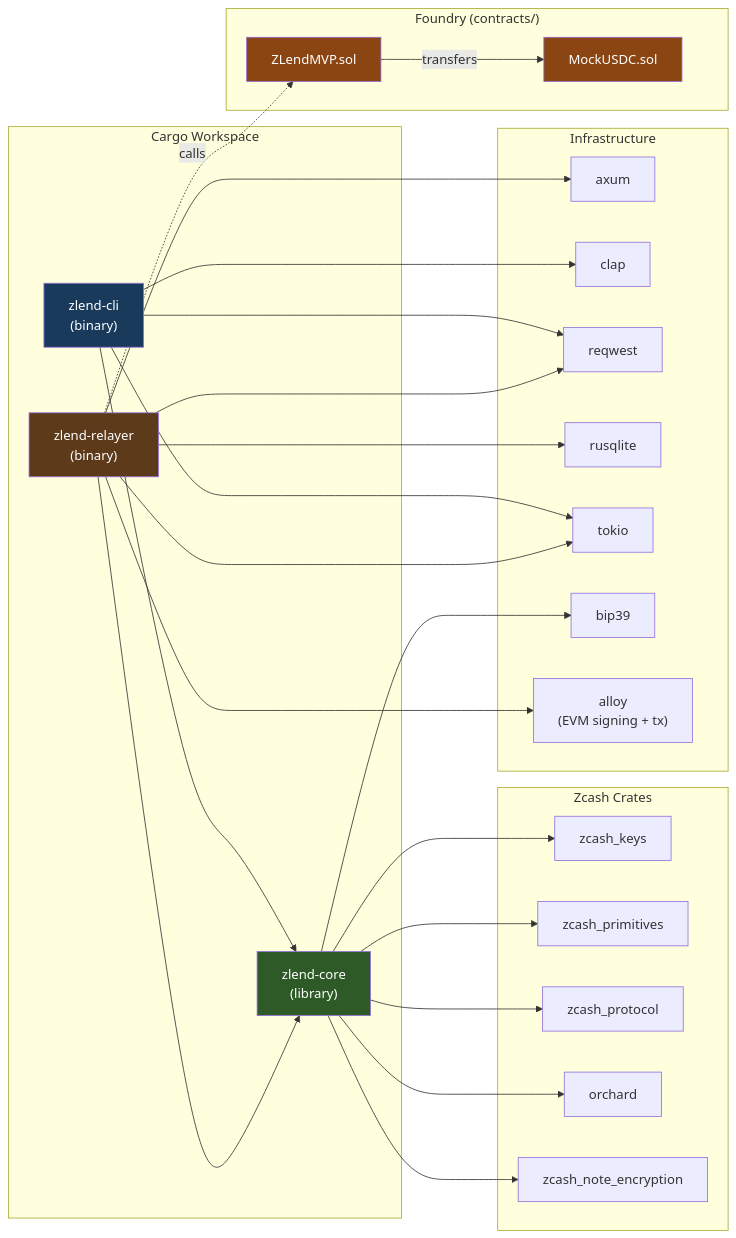
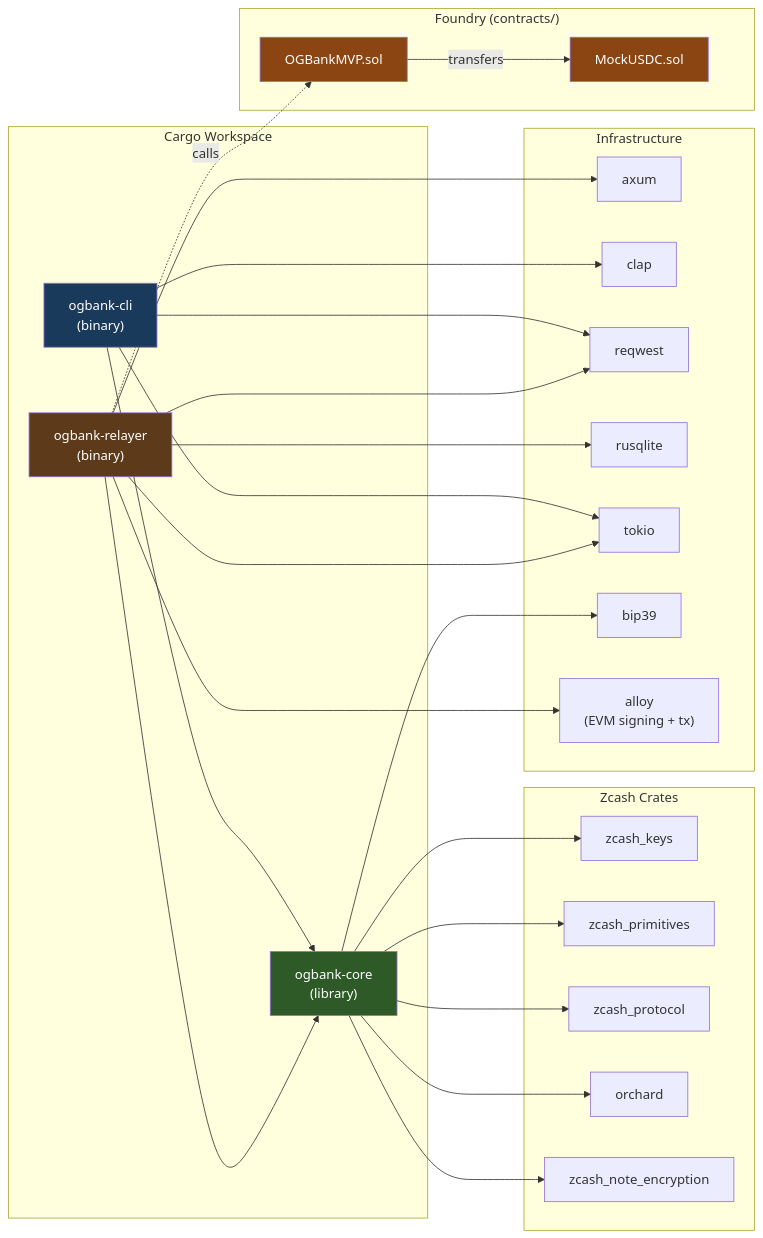
The fifth of 6 diagrams in docs/technical/08_mvp.md (sebastianlujan/zlend), drawn with Mermaid before and after one commit. The commit also changed other lines of this file and 68 other files, not shown here.

````diff
--- a/docs/technical/08_mvp.md
+++ b/docs/technical/08_mvp.md
@@ -217,59 +217,59 @@
 ```mermaid
 graph LR
     subgraph Workspace ["Cargo Workspace"]
-        CORE["zlend-core<br/>(library)"]
-        CLI["zlend-cli<br/>(binary)"]
-        RELAY["zlend-relayer<br/>(binary)"]
+        CORE["ogbank-core<br/>(library)"]
+        CLI["ogbank-cli<br/>(binary)"]
+        RELAY["ogbank-relayer<br/>(binary)"]
     end
 
     subgraph Zcash ["Zcash Crates"]
         ZK["zcash_keys"]
         ZP["zcash_primitives"]
         ZPR["zcash_protocol"]
         ORD["orchard"]
         ZNE["zcash_note_encryption"]
     end
 
     subgraph Infra ["Infrastructure"]
         AXUM["axum"]
         CLAP["clap"]
         REQ["reqwest"]
         SQL["rusqlite"]
         TOK["tokio"]
         BIP["bip39"]
         ALLOY["alloy<br/>(EVM signing + tx)"]
     end
 
     subgraph Solidity ["Foundry (contracts/)"]
-        ZLEND_SOL["ZLendMVP.sol"]
+        OGBANK_SOL["OGBankMVP.sol"]
         MOCK["MockUSDC.sol"]
     end
 
     CLI --> CORE
     CLI --> CLAP
     CLI --> REQ
     CLI --> TOK
 
     RELAY --> CORE
     RELAY --> AXUM
     RELAY --> REQ
     RELAY --> SQL
     RELAY --> TOK
     RELAY --> ALLOY
 
     CORE --> ZK
     CORE --> ZP
     CORE --> ZPR
     CORE --> ORD
     CORE --> ZNE
     CORE --> BIP
 
-    RELAY -.->|"calls"| ZLEND_SOL
-    ZLEND_SOL -->|"transfers"| MOCK
+    RELAY -.->|"calls"| OGBANK_SOL
+    OGBANK_SOL -->|"transfers"| MOCK
 
     style CORE fill:#2d5a27,color:#fff
     style CLI fill:#1a3a5c,color:#fff
     style RELAY fill:#5c3a1a,color:#fff
-    style ZLEND_SOL fill:#8b4513,color:#fff
+    style OGBANK_SOL fill:#8b4513,color:#fff
     style MOCK fill:#8b4513,color:#fff
 ```
````
